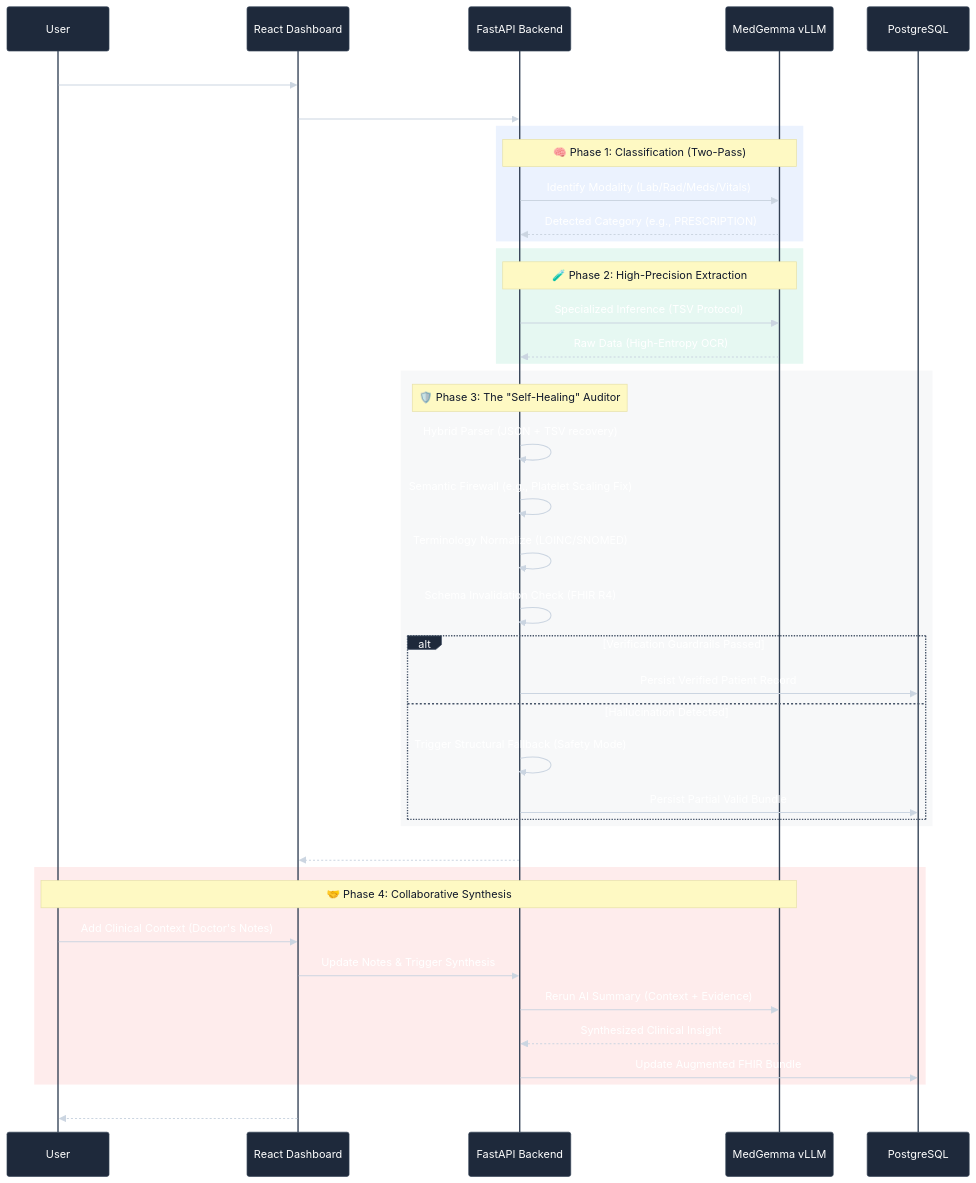
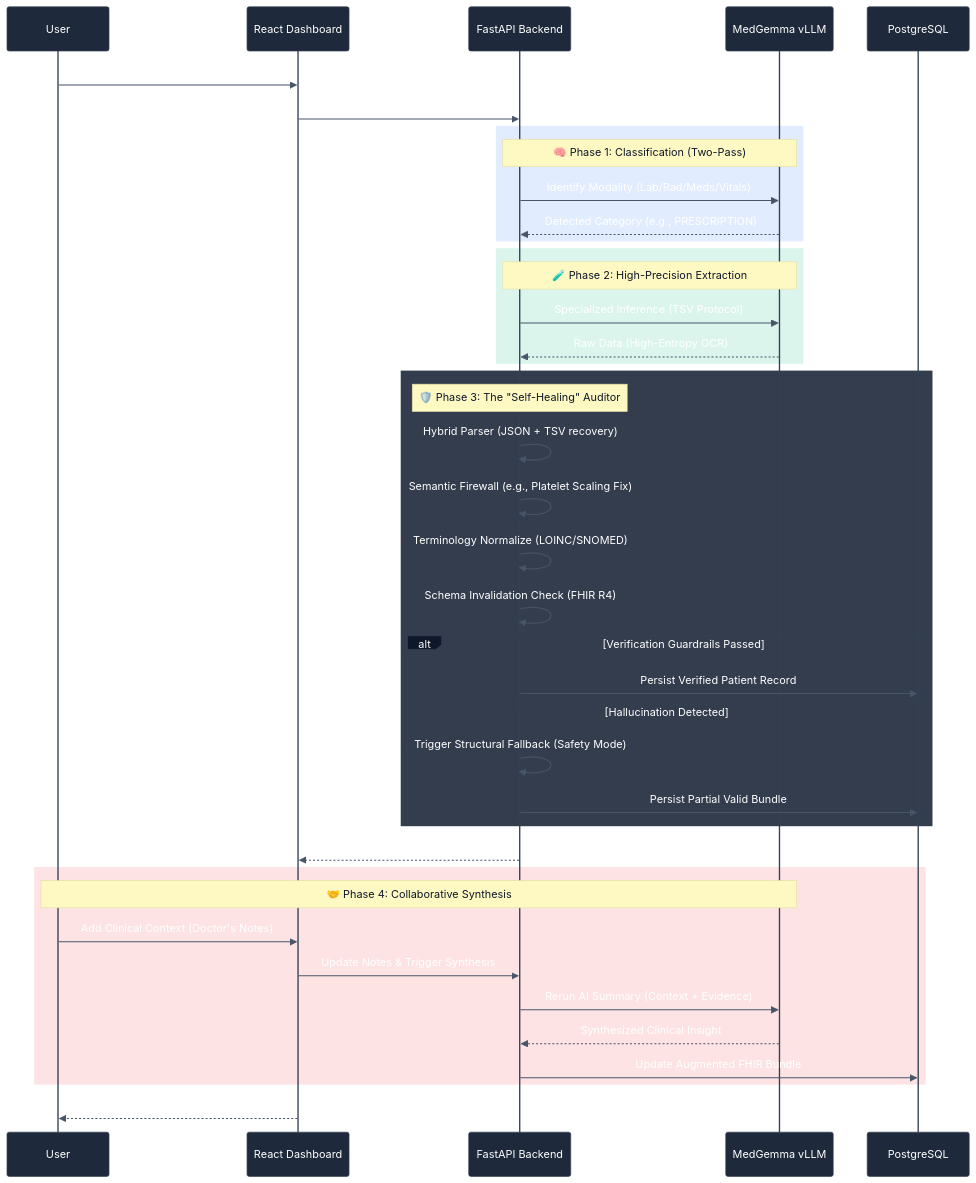
One commit to ALIENvsROBOT/challenge_kaggle changed the diagram in README.md. Above: the diagram before and after it, drawn with Mermaid.

Commit message:
docs: Update diagram colors and add actor background color in README.

````diff
--- a/README.md
+++ b/README.md
@@ -77,72 +77,73 @@
 ```mermaid
 %%{init: {
   'theme': 'base',
   'themeVariables': {
     'background': '#0f172a',
     'primaryColor': '#1e293b',
     'primaryTextColor': '#ffffff',
     'primaryBorderColor': '#334155',
-    'lineColor': '#cbd5e1',
+    'lineColor': '#475569',
     'secondaryColor': '#1e293b',
     'tertiaryColor': '#1e293b',
     'noteBkgColor': '#fef9c3',
     'noteTextColor': '#0f172a',
     'actorTextColor': '#ffffff',
-    'signalColor': '#cbd5e1',
+    'signalColor': '#475569',
     'signalTextColor': '#ffffff',
-    'labelBoxBkgColor': '#1e293b',
-    'labelBoxBorderColor': '#475569',
+    'labelBoxBkgColor': '#0f172a',
+    'labelBoxBorderColor': '#334155',
     'loopTextColor': '#ffffff',
-    'fontSize': '14px'
+    'fontSize': '14px',
+    'actorBkg': '#1e293b'
   }
 }}%%
 sequenceDiagram
     participant User
     participant UI as React Dashboard
     participant API as FastAPI Backend
     participant LLM as MedGemma vLLM
     participant DB as PostgreSQL
 
     User->>UI: Upload Record (Image/PDF)
     UI->>API: POST /api/v1/ingest
 
-    rect rgba(59, 130, 246, 0.1)
+    rect rgba(59, 130, 246, 0.15)
     Note over API, LLM: 🧠 Phase 1: Classification (Two-Pass)
     API->>LLM: Identify Modality (Lab/Rad/Meds/Vitals)
     LLM-->>API: Detected Category (e.g., PRESCRIPTION)
     end
 
-    rect rgba(16, 185, 129, 0.1)
+    rect rgba(16, 185, 129, 0.15)
     Note over API, LLM: 🧪 Phase 2: High-Precision Extraction
     API->>LLM: Specialized Inference (TSV Protocol)
     LLM-->>API: Raw Data (High-Entropy OCR)
     end
 
-    rect rgba(100, 116, 139, 0.05)
+    rect rgba(30, 41, 59, 0.9)
     Note over API: 🛡️ Phase 3: The "Self-Healing" Auditor
     API->>API: Hybrid Parser (JSON + TSV recovery)
     API->>API: Semantic Firewall (e.g., Platelet Scaling Fix)
     API->>API: Terminology Normalize (LOINC/SNOMED)
     API->>API: Schema Invalidation Check (FHIR R4)
 
     alt Verification Guardrails Passed
         API->>DB: Persist Verified Patient Record
     else Hallucination Detected
         API->>API: Trigger Structural Fallback (Safety Mode)
         API->>DB: Persist Partial Valid Bundle
     end
     end
 
     API-->>UI: Render Clinical Standard View
 
-    rect rgba(239, 68, 68, 0.1)
+    rect rgba(239, 68, 68, 0.15)
     Note over User, LLM: 🤝 Phase 4: Collaborative Synthesis
     User->>UI: Add Clinical Context (Doctor's Notes)
     UI->>API: Update Notes & Trigger Synthesis
     API->>LLM: Rerun AI Summary (Context + Evidence)
     LLM-->>API: Synthesized Clinical Insight
     API->>DB: Update Augmented FHIR Bundle
     end
 
     UI-->>User: Display AI Diagnostic Partner Insights
 ```
````
